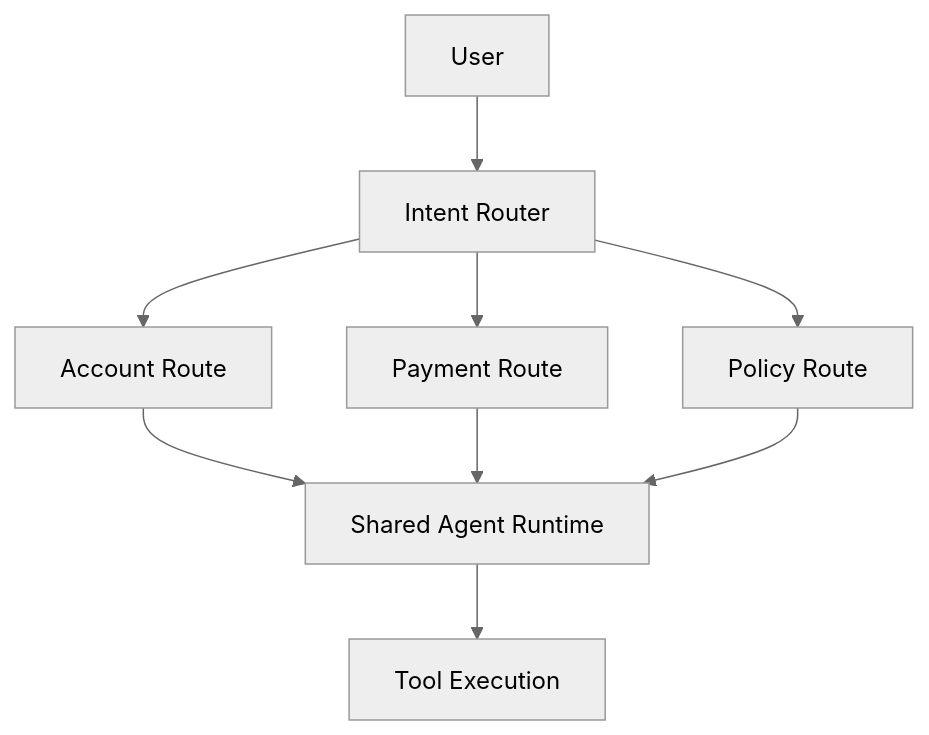
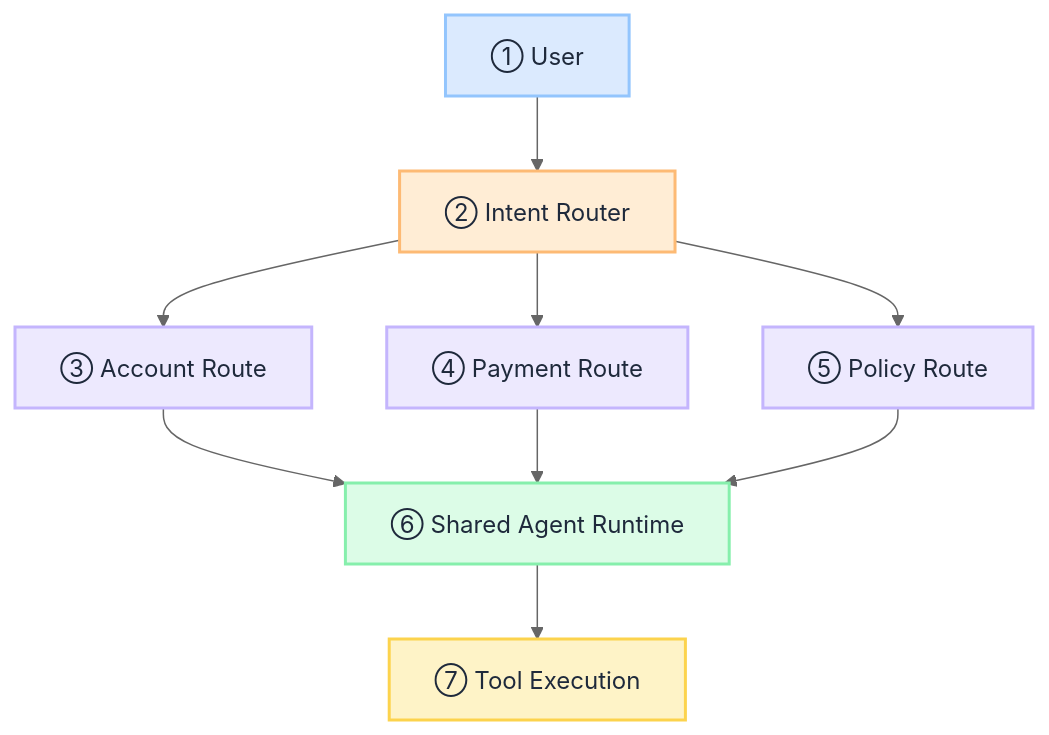
One commit to iamsharmajitender/gain changed the first of 2 diagrams in docs/insights/2026-08-05-one-agent-routes-vs-specialized-agents/one-agent-routes-vs-specialized-agents.mdx. Above: the diagram before and after it, drawn with Mermaid (neutral theme). The commit also changed other lines of this file and 201 other files, not shown here.

````diff
--- a/docs/insights/2026-08-05-one-agent-routes-vs-specialized-agents/one-agent-routes-vs-specialized-agents.mdx
+++ b/docs/insights/2026-08-05-one-agent-routes-vs-specialized-agents/one-agent-routes-vs-specialized-agents.mdx
@@ -48,11 +47,23 @@
 ```mermaid
 flowchart TB
-    User --> Router[Intent Router]
-    Router --> Account[Account Route]
-    Router --> Payment[Payment Route]
-    Router --> Policy[Policy Route]
-    Account --> Runtime[Shared Agent Runtime]
+    User["① User"] --> Router["② Intent Router"]
+    Router --> Account["③ Account Route"]
+    Router --> Payment["④ Payment Route"]
+    Router --> Policy["⑤ Policy Route"]
+    Account --> Runtime["⑥ Shared Agent Runtime"]
     Payment --> Runtime
     Policy --> Runtime
-    Runtime --> Tools[Tool Execution]
+    Runtime --> Tools["⑦ Tool Execution"]
+
+    classDef actor fill:#dbeafe,stroke:#93c5fd,color:#1e293b,stroke-width:2px
+    classDef gate fill:#ffedd5,stroke:#fdba74,color:#1e293b,stroke-width:2px
+    classDef route fill:#ede9fe,stroke:#c4b5fd,color:#1e293b,stroke-width:2px
+    classDef runtime fill:#dcfce7,stroke:#86efac,color:#1e293b,stroke-width:2px
+    classDef tool fill:#fef3c7,stroke:#fcd34d,color:#1e293b,stroke-width:2px
+
+    class User actor
+    class Router gate
+    class Account,Payment,Policy route
+    class Runtime runtime
+    class Tools tool
 ```
````
